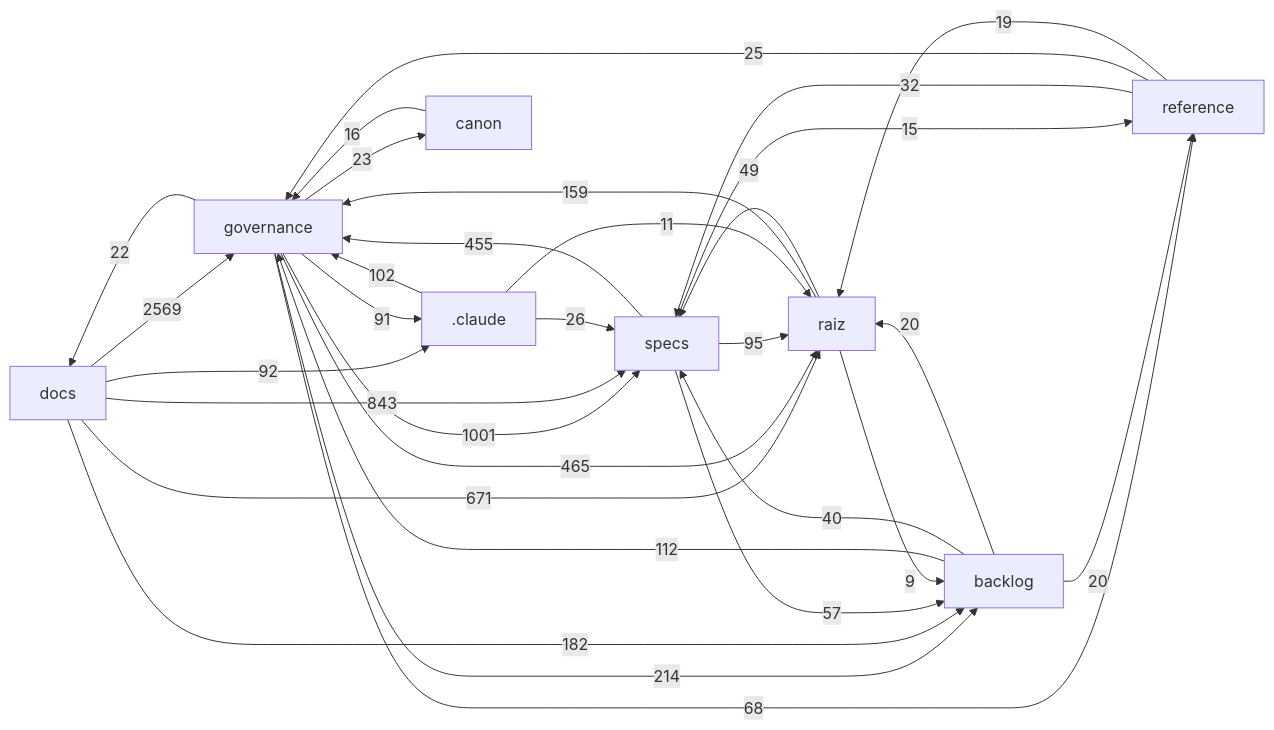
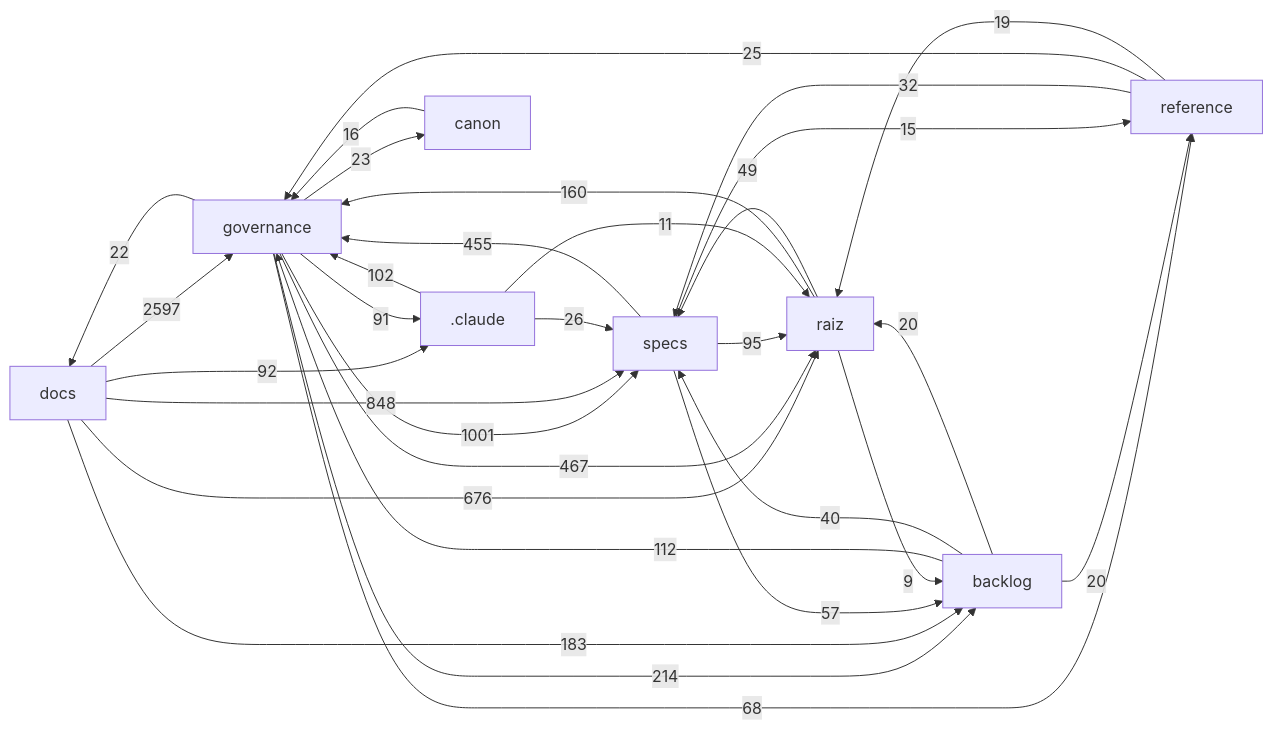
Before and after one commit to Andraus35/Sistema-Operacional-de-Trading--SOT: the diagram in docs/mapa/MAPA-PROJETO.md, drawn with Mermaid. The commit also changed other lines of this file and 9 other files, not shown here.

````diff
--- a/docs/mapa/MAPA-PROJETO.md
+++ b/docs/mapa/MAPA-PROJETO.md
@@ -29,33 +29,33 @@
 ```mermaid
 flowchart LR
-  docs["docs"] -->|2569| governance["governance"]
+  docs["docs"] -->|2597| governance["governance"]
   governance["governance"] -->|1001| specs["specs"]
-  docs["docs"] -->|843| specs["specs"]
-  docs["docs"] -->|671| raiz["raiz"]
-  governance["governance"] -->|465| raiz["raiz"]
+  docs["docs"] -->|848| specs["specs"]
+  docs["docs"] -->|676| raiz["raiz"]
+  governance["governance"] -->|467| raiz["raiz"]
   specs["specs"] -->|455| governance["governance"]
   governance["governance"] -->|214| backlog["backlog"]
-  docs["docs"] -->|182| backlog["backlog"]
-  raiz["raiz"] -->|159| governance["governance"]
+  docs["docs"] -->|183| backlog["backlog"]
+  raiz["raiz"] -->|160| governance["governance"]
   backlog["backlog"] -->|112| governance["governance"]
   _claude[".claude"] -->|102| governance["governance"]
   specs["specs"] -->|95| raiz["raiz"]
   docs["docs"] -->|92| _claude[".claude"]
   governance["governance"] -->|91| _claude[".claude"]
   governance["governance"] -->|68| reference["reference"]
   specs["specs"] -->|57| backlog["backlog"]
   raiz["raiz"] -->|49| specs["specs"]
   backlog["backlog"] -->|40| specs["specs"]
   reference["reference"] -->|32| specs["specs"]
   _claude[".claude"] -->|26| specs["specs"]
   reference["reference"] -->|25| governance["governance"]
   governance["governance"] -->|23| canon["canon"]
   governance["governance"] -->|22| docs["docs"]
   backlog["backlog"] -->|20| raiz["raiz"]
   backlog["backlog"] -->|20| reference["reference"]
   reference["reference"] -->|19| raiz["raiz"]
   canon["canon"] -->|16| governance["governance"]
   specs["specs"] -->|15| reference["reference"]
   _claude[".claude"] -->|11| raiz["raiz"]
   raiz["raiz"] -->|9| backlog["backlog"]
 ```
````
